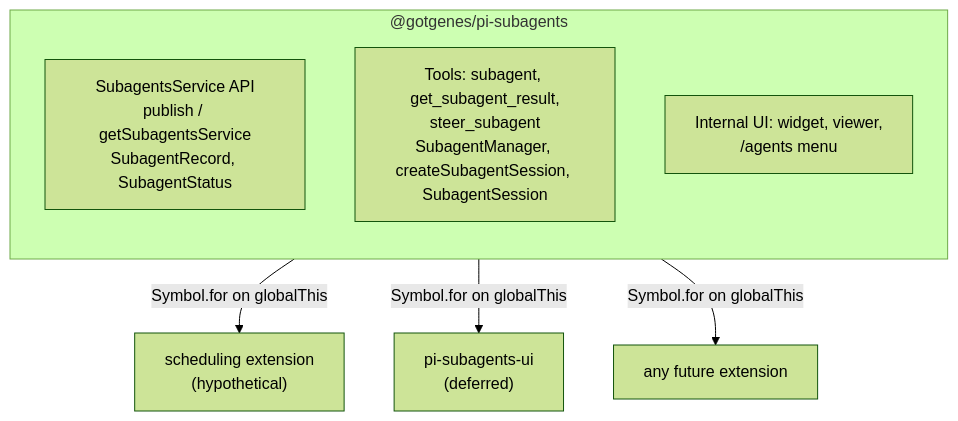
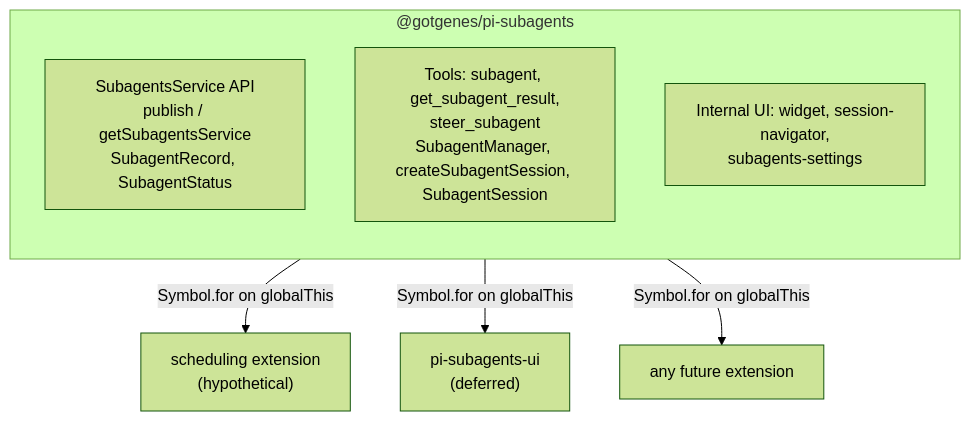
The fifth of 6 diagrams in packages/pi-subagents/docs/architecture/architecture.md (whaoa/forked-gotgenes-pi-packages), drawn with Mermaid (forest theme) before and after one commit. The commit also changed other lines of this file, not shown here.

First line of the commit message:
docs(pi-subagents): fix stale architecture.md references to deleted UI modules (#441)

````diff
--- a/packages/pi-subagents/docs/architecture/architecture.md
+++ b/packages/pi-subagents/docs/architecture/architecture.md
@@ -366,13 +366,13 @@
 ```mermaid
 flowchart TD
     subgraph core["@gotgenes/pi-subagents"]
         direction TB
         exports["SubagentsService API<br/>publish / getSubagentsService<br/>SubagentRecord, SubagentStatus"]
         engine["Tools: subagent, get_subagent_result,<br/>steer_subagent<br/>SubagentManager, createSubagentSession, SubagentSession"]
-        ui_int["Internal UI: widget, viewer,<br/>/agents menu"]
+        ui_int["Internal UI: widget, session-navigator,<br/>subagents-settings"]
     end
 
     core -- "Symbol.for on globalThis" --> sched["scheduling extension<br/>(hypothetical)"]
     core -- "Symbol.for on globalThis" --> subui["pi-subagents-ui<br/>(deferred)"]
     core -- "Symbol.for on globalThis" --> future["any future extension"]
 ```
````
